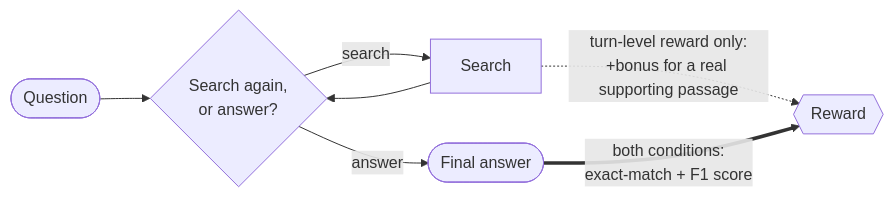
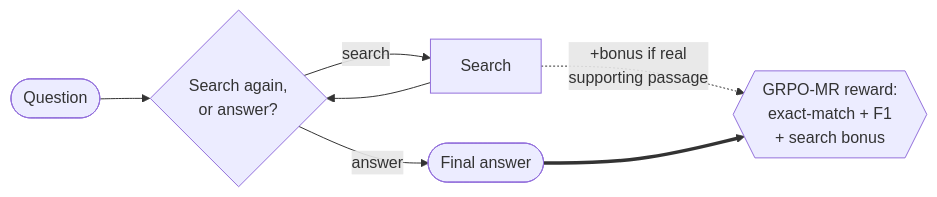
Before and after one commit to redswimmer/grpo-turn-level-rewards: the second of 3 diagrams in README.md, drawn with Mermaid. The commit also changed other lines of this file, not shown here.

First line of the commit message:
README: split the combined diagram into three, covering all 4 experiments

````diff
--- a/README.md
+++ b/README.md
@@ -15,9 +28,9 @@
 ```mermaid
 flowchart LR
-    Q(["Question"]) --> D{"Search again,<br/>or answer?"}
-    D -- "search" --> Se["Search"]
-    Se --> D
-    Se -. "turn-level reward only:<br/>+bonus for a real supporting passage" .-> Score
-    D -- "answer" --> Ans(["Final answer"])
-    Ans == "both conditions:<br/>exact-match + F1 score" ==> Score{{"Reward"}}
+    Q2(["Question"]) --> D2{"Search again,<br/>or answer?"}
+    D2 -- search --> S2["Search"]
+    S2 --> D2
+    S2 -.->|"+bonus if real<br/>supporting passage"| R2
+    D2 -- answer --> A2(["Final answer"])
+    A2 ==> R2{{"GRPO-MR reward:<br/>exact-match + F1<br/>+ search bonus"}}
 ```
````
